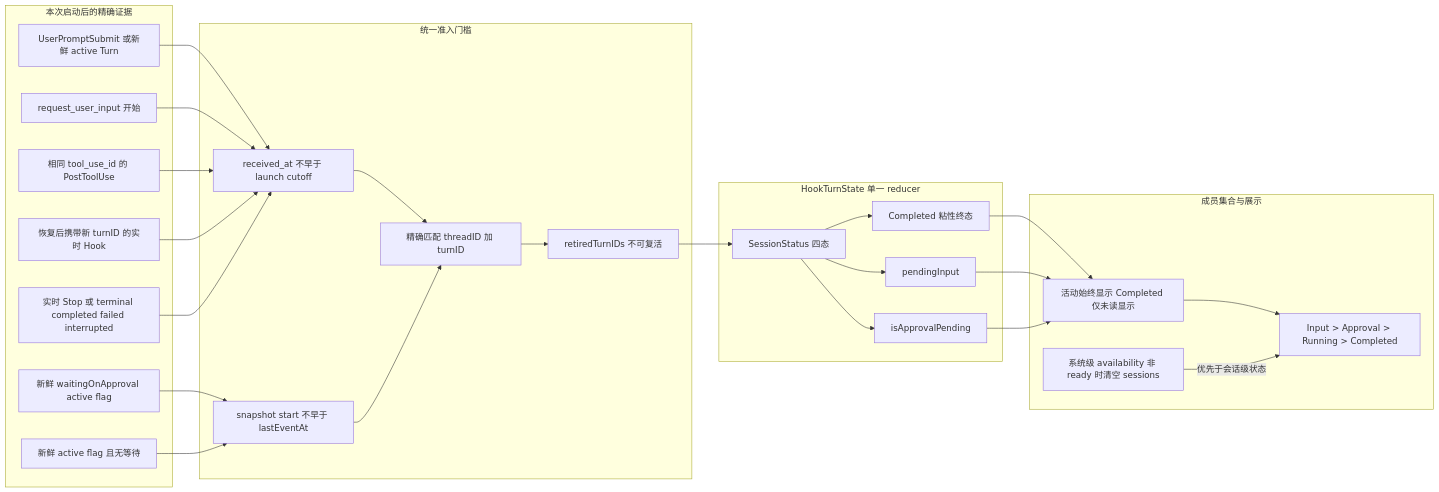
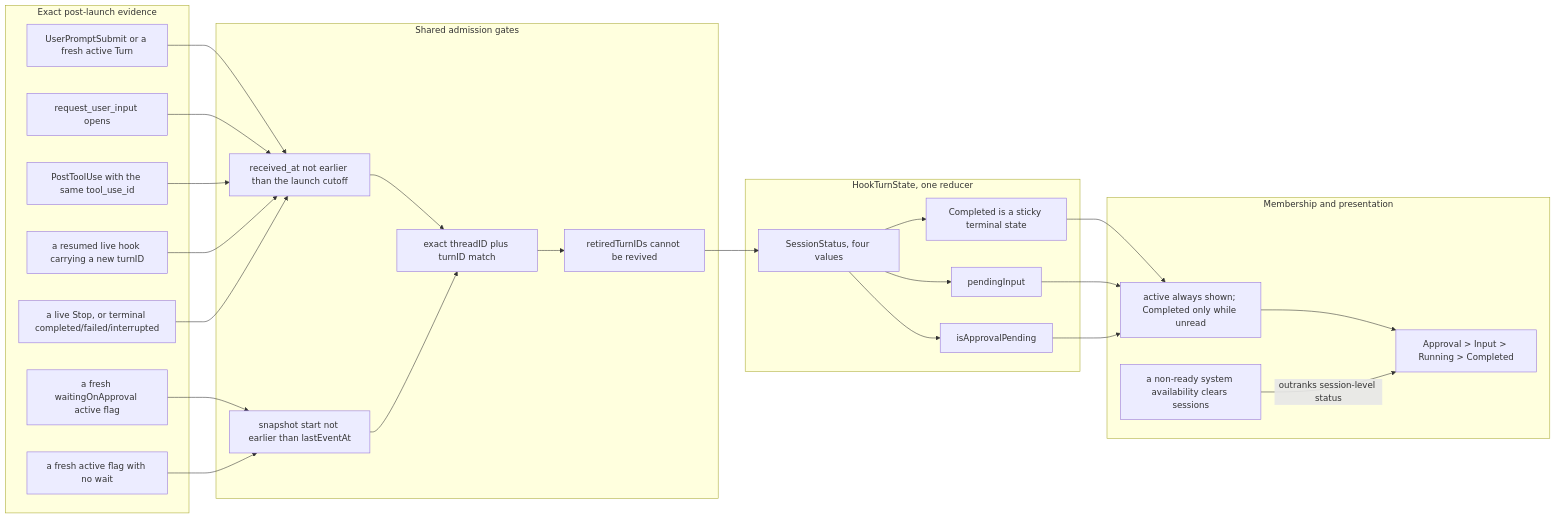
Before and after one commit to soondubu137/notchline: the fourth of 6 diagrams in docs/system-architecture.md, drawn with Mermaid. The commit also changed other lines of this file, not shown here.

````diff
--- a/docs/system-architecture.md
+++ b/docs/system-architecture.md
@@ -303,52 +301,52 @@
 ```mermaid
 flowchart LR
-    subgraph evidence ["本次启动后的精确证据"]
-        userPrompt["UserPromptSubmit 或新鲜 active Turn"]
-        inputOpen["request_user_input 开始"]
-        inputClose["相同 tool_use_id 的 PostToolUse"]
-        continuation["恢复后携带新 turnID 的实时 Hook"]
-        approvalOpen["新鲜 waitingOnApproval active flag"]
-        activeAgain["新鲜 active flag 且无等待"]
-        completedSignal["实时 Stop 或 terminal completed failed interrupted"]
+    subgraph evidence ["Exact post-launch evidence"]
+        userPrompt["UserPromptSubmit or a fresh active Turn"]
+        inputOpen["request_user_input opens"]
+        inputClose["PostToolUse with the same tool_use_id"]
+        continuation["a resumed live hook carrying a new turnID"]
+        approvalOpen["a fresh waitingOnApproval active flag"]
+        activeAgain["a fresh active flag with no wait"]
+        completedSignal["a live Stop, or terminal completed/failed/interrupted"]
     end
 
-    subgraph gates ["统一准入门槛"]
-        liveCutoff["received_at 不早于 launch cutoff"]
-        exactIdentity["精确匹配 threadID 加 turnID"]
-        freshness["snapshot start 不早于 lastEventAt"]
-        generation["retiredTurnIDs 不可复活"]
+    subgraph gates ["Shared admission gates"]
+        liveCutoff["received_at not earlier than the launch cutoff"]
+        exactIdentity["exact threadID plus turnID match"]
+        freshness["snapshot start not earlier than lastEventAt"]
+        generation["retiredTurnIDs cannot be revived"]
     end
 
-    subgraph reducer ["HookTurnState 单一 reducer"]
-        sessionStatus["SessionStatus 四态"]
+    subgraph reducer ["HookTurnState, one reducer"]
+        sessionStatus["SessionStatus, four values"]
         pendingInput["pendingInput"]
         pendingApproval["isApprovalPending"]
-        completedSticky["Completed 粘性终态"]
+        completedSticky["Completed is a sticky terminal state"]
     end
 
-    subgraph membership ["成员集合与展示"]
-        memberGate["活动始终显示 Completed 仅未读显示"]
-        aggregate["Input > Approval > Running > Completed"]
-        systemStatus["系统级 availability 非 ready 时清空 sessions"]
+    subgraph membership ["Membership and presentation"]
+        memberGate["active always shown; Completed only while unread"]
+        aggregate["Approval > Input > Running > Completed"]
+        systemStatus["a non-ready system availability clears sessions"]
     end
 
     userPrompt --> liveCutoff
     inputOpen --> liveCutoff
     inputClose --> liveCutoff
     continuation --> liveCutoff
     completedSignal --> liveCutoff
     approvalOpen --> freshness
     activeAgain --> freshness
     liveCutoff --> exactIdentity
     freshness --> exactIdentity
     exactIdentity --> generation
     generation --> sessionStatus
     sessionStatus --> pendingInput
     sessionStatus --> pendingApproval
     sessionStatus --> completedSticky
     completedSticky --> memberGate
     pendingInput --> memberGate
     pendingApproval --> memberGate
     memberGate --> aggregate
-    systemStatus -->|"优先于会话级状态"| aggregate
+    systemStatus -->|"outranks session-level status"| aggregate
 ```
````
